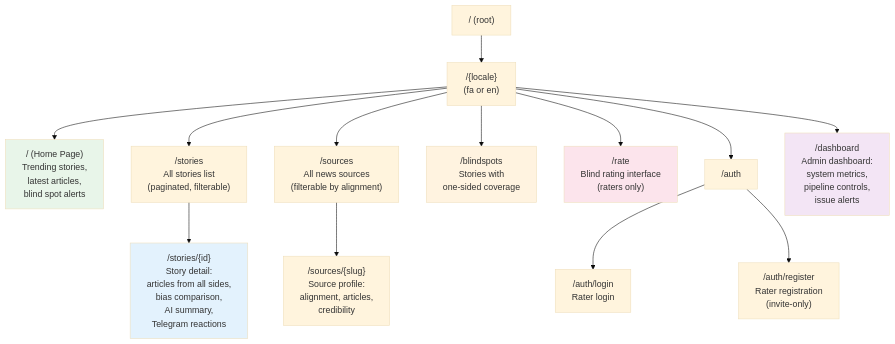
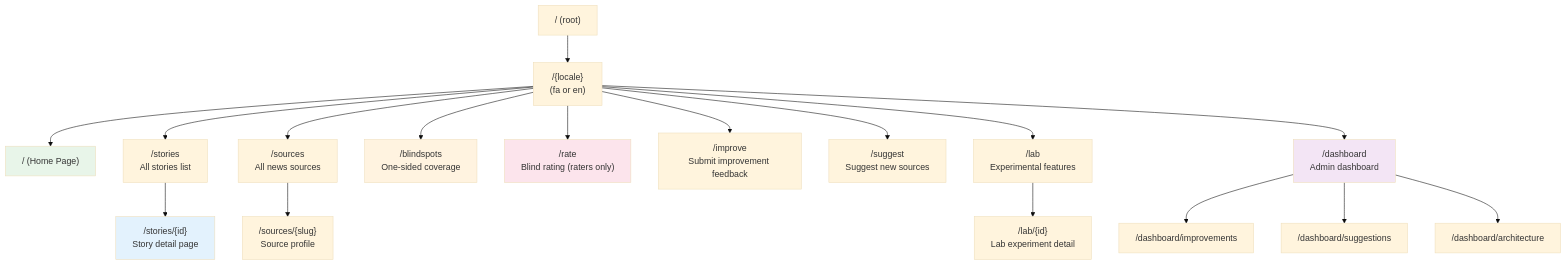
One commit to parham-ashur/doornegar changed the seventh of 10 diagrams in project-management/ARCHITECTURE_VISUAL.md. Above: the diagram before and after it, drawn with Mermaid (base theme). The commit also changed other lines of this file, not shown here.

Commit message:
Update architecture docs: 34-step pipeline, intelligence layer, two-pass analysis

````diff
--- a/project-management/ARCHITECTURE_VISUAL.md
+++ b/project-management/ARCHITECTURE_VISUAL.md
@@ -430,29 +621,28 @@
 ```mermaid
 graph TD
     Root["/ (root)"]
     Root --> Locale["/{locale}<br/>(fa or en)"]
 
-    Locale --> Home["/ (Home Page)<br/>Trending stories,<br/>latest articles,<br/>blind spot alerts"]
+    Locale --> Home["/ (Home Page)"]
+    Locale --> StoriesPage["/stories<br/>All stories list"]
+    Locale --> SourcesPage["/sources<br/>All news sources"]
+    Locale --> BlindspotsPage["/blindspots<br/>One-sided coverage"]
+    Locale --> RatePage["/rate<br/>Blind rating (raters only)"]
+    Locale --> ImprovePage["/improve<br/>Submit improvement feedback"]
+    Locale --> SuggestPage["/suggest<br/>Suggest new sources"]
+    Locale --> LabPage["/lab<br/>Experimental features"]
+    Locale --> Dashboard["/dashboard<br/>Admin dashboard"]
 
-    Locale --> StoriesPage["/stories<br/>All stories list<br/>(paginated, filterable)"]
-    StoriesPage --> StoryDetail["/stories/{id}<br/>Story detail:<br/>articles from all sides,<br/>bias comparison,<br/>AI summary,<br/>Telegram reactions"]
-
-    Locale --> SourcesPage["/sources<br/>All news sources<br/>(filterable by alignment)"]
-    SourcesPage --> SourceDetail["/sources/{slug}<br/>Source profile:<br/>alignment, articles,<br/>credibility"]
-
-    Locale --> BlindspotsPage["/blindspots<br/>Stories with<br/>one-sided coverage"]
-
-    Locale --> RatePage["/rate<br/>Blind rating interface<br/>(raters only)"]
-
-    Locale --> AuthPages["/auth"]
-    AuthPages --> Login["/auth/login<br/>Rater login"]
-    AuthPages --> Register["/auth/register<br/>Rater registration<br/>(invite-only)"]
-
-    Locale --> Dashboard["/dashboard<br/>Admin dashboard:<br/>system metrics,<br/>pipeline controls,<br/>issue alerts"]
+    StoriesPage --> StoryDetail["/stories/{id}<br/>Story detail page"]
+    SourcesPage --> SourceDetail["/sources/{slug}<br/>Source profile"]
+    LabPage --> LabDetail["/lab/{id}<br/>Lab experiment detail"]
+    Dashboard --> DashImprovements["/dashboard/improvements"]
+    Dashboard --> DashSuggestions["/dashboard/suggestions"]
+    Dashboard --> DashArch["/dashboard/architecture"]
 
     style Home fill:#e8f5e9
     style StoryDetail fill:#e3f2fd
     style BlindspotsPage fill:#fff3e0
     style RatePage fill:#fce4ec
     style Dashboard fill:#f3e5f5
 ```
````
